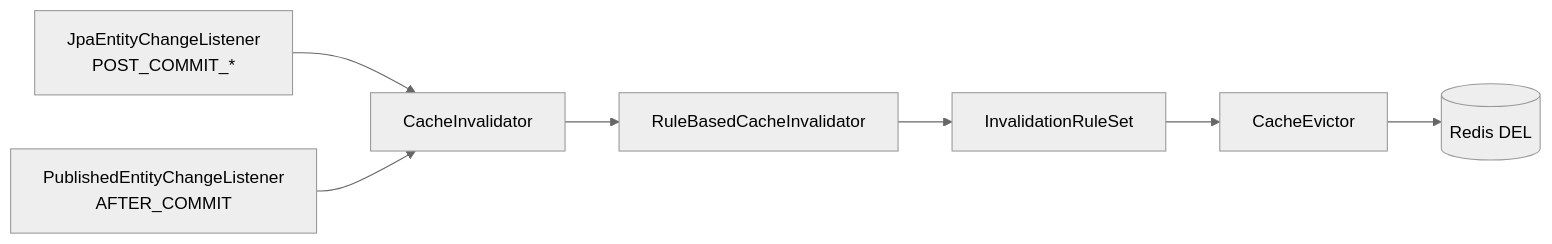
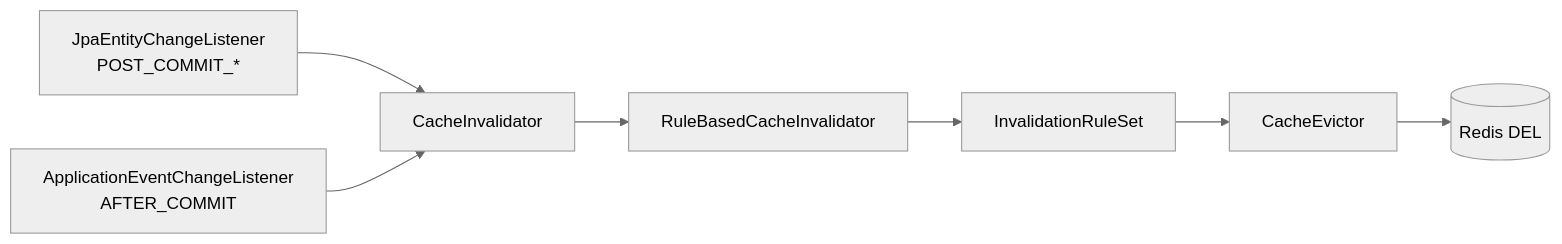
One commit to gmoon92/toy changed the third of 3 diagrams in spring-cache/cache-invalidation-strategy/write-invalidate/README.md. Above: the diagram before and after it, drawn with Mermaid (neutral theme). The commit also changed other lines of this file and 8 other files, not shown here.

````diff
--- a/spring-cache/cache-invalidation-strategy/write-invalidate/README.md
+++ b/spring-cache/cache-invalidation-strategy/write-invalidate/README.md
@@ -93,9 +93,9 @@
 ```mermaid
 flowchart LR
     H["JpaEntityChangeListener<br/>POST_COMMIT_*"] --> S
-    P["PublishedEntityChangeListener<br/>AFTER_COMMIT"] --> S
+    P["ApplicationEventChangeListener<br/>AFTER_COMMIT"] --> S
     S["CacheInvalidator"] --> I[RuleBasedCacheInvalidator]
     I --> RU[InvalidationRuleSet]
     RU --> EV[CacheEvictor]
     EV --> C[(Redis DEL)]
 ```
````
